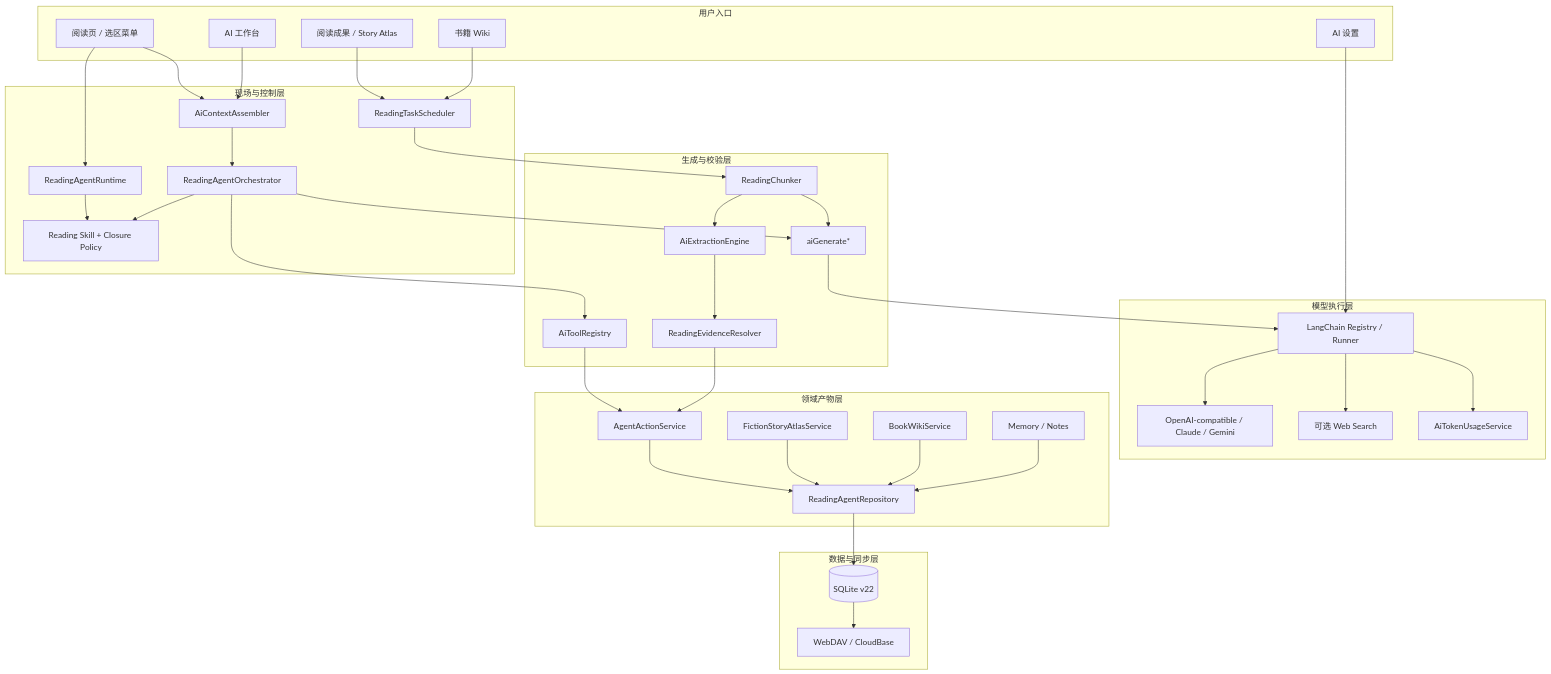
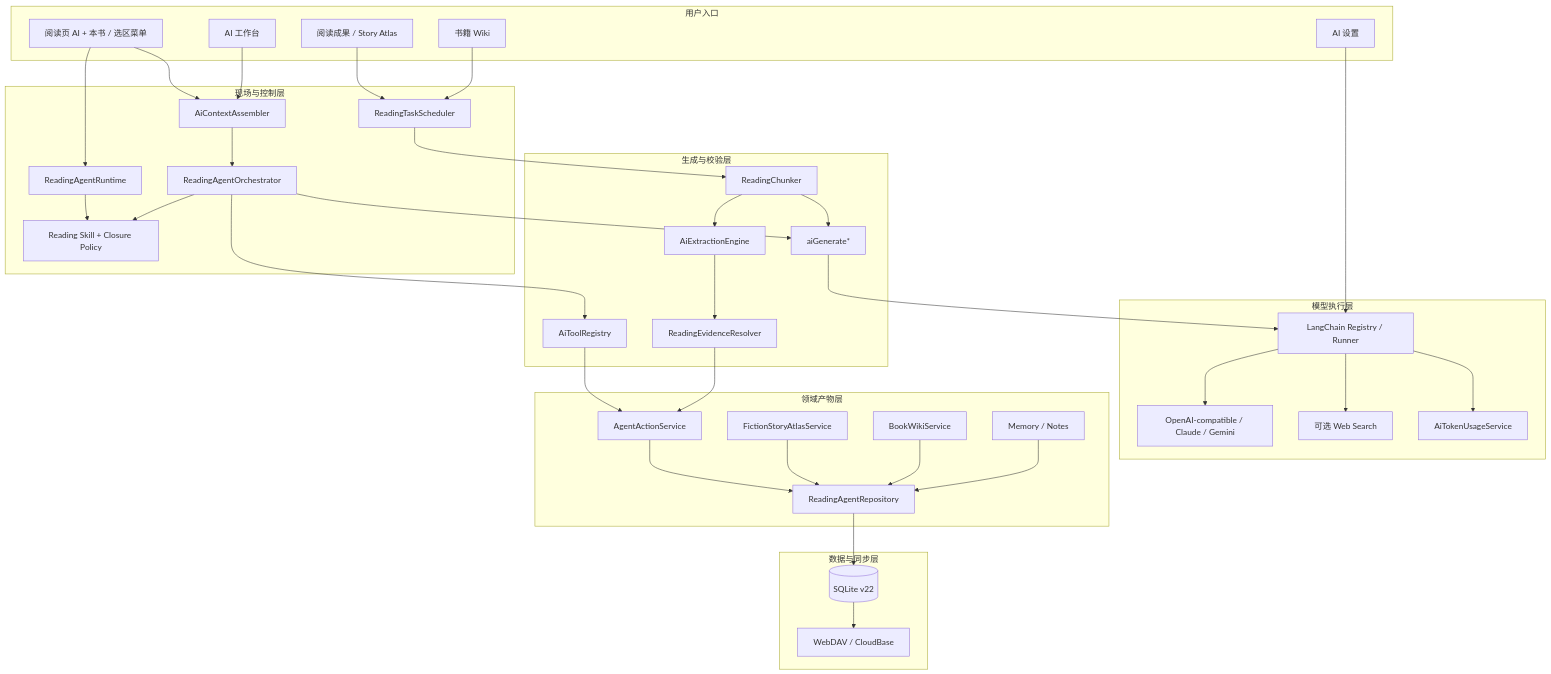
One commit to AceInAndroid/anx-reader changed the diagram in docs/architecture/ai-system-map.md. Above: the diagram before and after it, drawn with Mermaid. The commit also changed other lines of this file and 23 other files, not shown here.

````diff
--- a/docs/architecture/ai-system-map.md
+++ b/docs/architecture/ai-system-map.md
@@ -54,74 +54,74 @@
 ```mermaid
 flowchart TB
   subgraph Entry[用户入口]
-    Reader[阅读页 / 选区菜单]
+    Reader[阅读页 AI + 本书 / 选区菜单]
     Workspace[AI 工作台]
     Outcomes[阅读成果 / Story Atlas]
     WikiUI[书籍 Wiki]
     Settings[AI 设置]
   end
 
   subgraph Control[现场与控制层]
     Runtime[ReadingAgentRuntime]
     Context[AiContextAssembler]
     Orchestrator[ReadingAgentOrchestrator]
     Scheduler[ReadingTaskScheduler]
     Policy[Reading Skill + Closure Policy]
   end
 
   subgraph Pipeline[生成与校验层]
     Generate[aiGenerate*]
     Extraction[AiExtractionEngine]
     Chunker[ReadingChunker]
     Evidence[ReadingEvidenceResolver]
     Tools[AiToolRegistry]
   end
 
   subgraph Provider[模型执行层]
     Runner[LangChain Registry / Runner]
     Models[OpenAI-compatible / Claude / Gemini]
     Search[可选 Web Search]
     Usage[AiTokenUsageService]
   end
 
   subgraph Domain[领域产物层]
     Action[AgentActionService]
     Repo[ReadingAgentRepository]
     Atlas[FictionStoryAtlasService]
     Wiki[BookWikiService]
     Memory[Memory / Notes]
   end
 
   subgraph Data[数据与同步层]
     DB[(SQLite v22)]
     Sync[WebDAV / CloudBase]
   end
 
   Reader --> Runtime
   Reader --> Context
   Workspace --> Context
   Outcomes --> Scheduler
   WikiUI --> Scheduler
   Settings --> Runner
   Runtime --> Policy
   Context --> Orchestrator
   Orchestrator --> Policy
   Orchestrator --> Tools
   Orchestrator --> Generate
   Scheduler --> Chunker
   Chunker --> Extraction
   Chunker --> Generate
   Extraction --> Evidence
   Generate --> Runner
   Tools --> Action
   Runner --> Models
   Runner --> Search
   Runner --> Usage
   Evidence --> Action
   Action --> Repo
   Repo --> DB
   Atlas --> Repo
   Wiki --> Repo
   Memory --> Repo
   DB --> Sync
 ```
````
